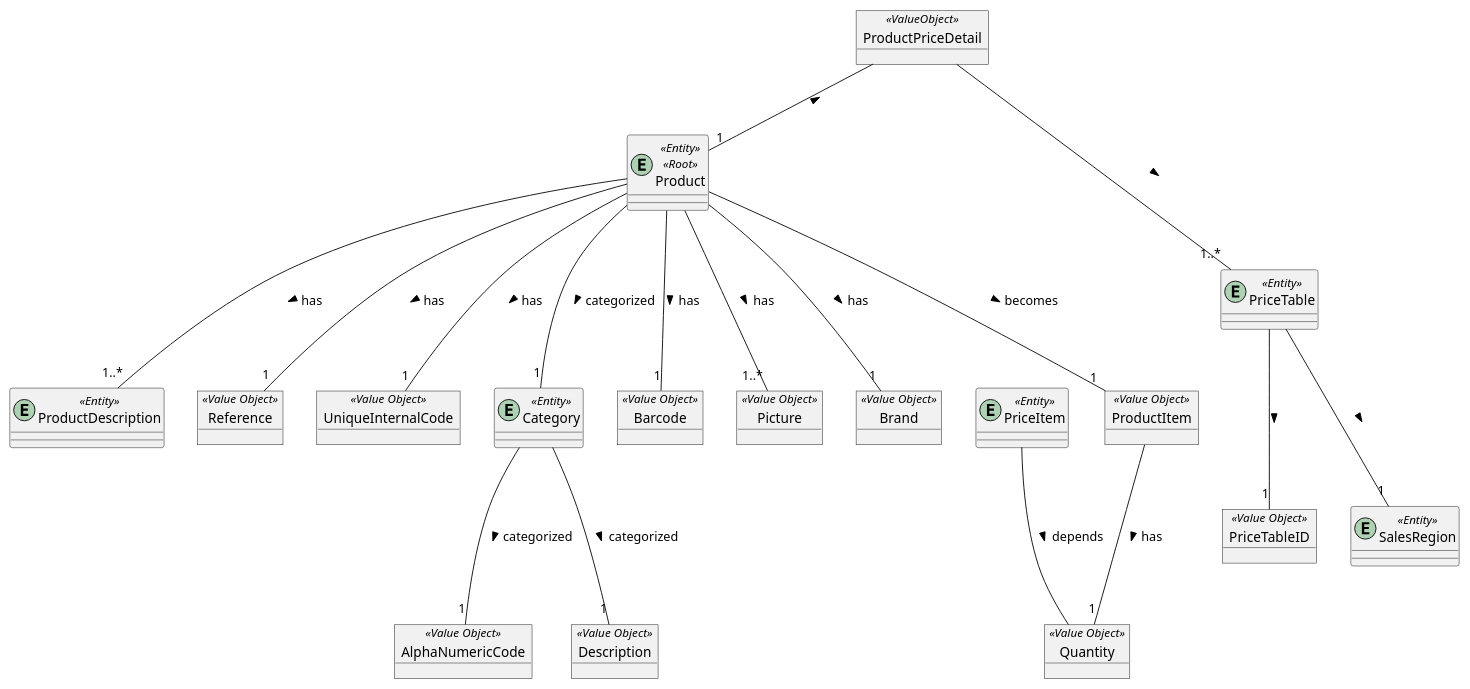
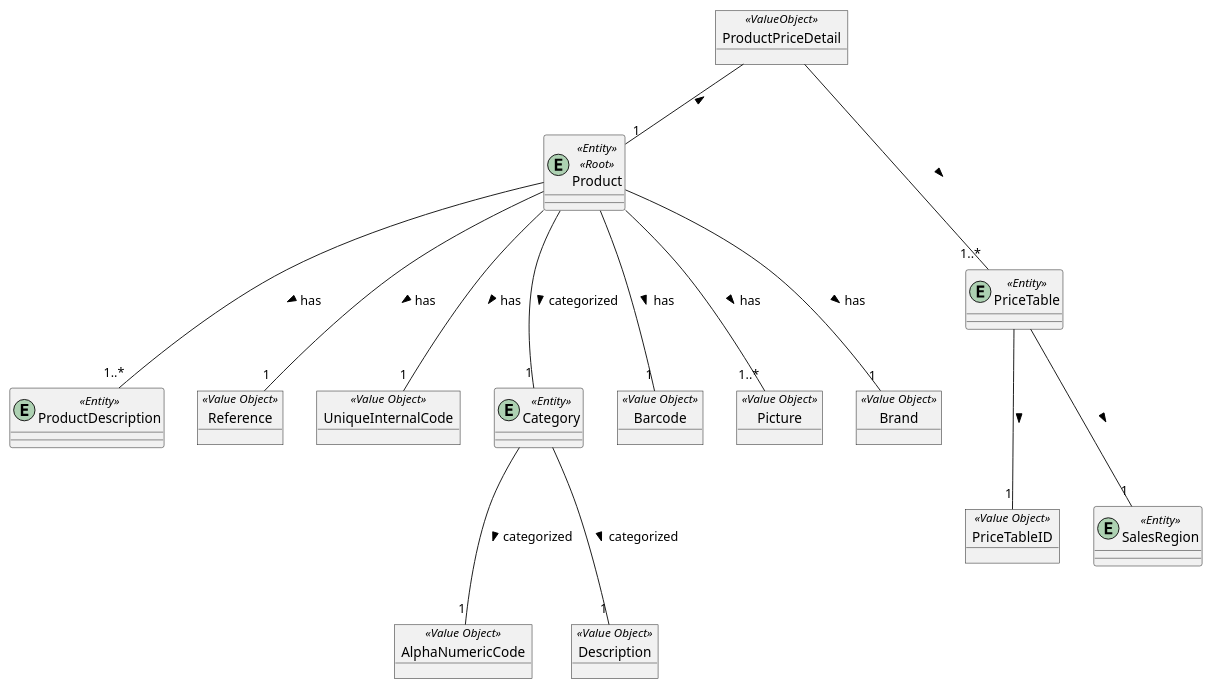
Before and after one commit to marttuga/LAPR4-SmartSystems: the diagram in docs/Sprint2/US1002/US1002_MD.puml, drawn with PlantUML. The commit also changed 5 other files, not shown here.

```diff
--- a/docs/Sprint2/US1002/US1002_MD.puml
+++ b/docs/Sprint2/US1002/US1002_MD.puml
@@ -1,38 +1,36 @@
 @startuml
 entity Product <<Entity>> <<Root>>
 entity ProductDescription <<Entity>>
 object Reference <<Value Object>>
 object PriceTableID <<Value Object>>
 entity PriceTable <<Entity>>
 entity SalesRegion <<Entity>>
 object ProductPriceDetail <<ValueObject>>
-object Quantity <<Value Object>>
-entity PriceItem <<Entity>>
+
 object UniqueInternalCode <<Value Object>>
 entity Category <<Entity>>
 object Barcode <<Value Object>>
 object Picture <<Value Object>>
 object Brand <<Value Object>>
  object AlphaNumericCode <<Value Object>>
     object Description <<Value Object>>
-object ProductItem <<Value Object>>
+
 
 
 Product --- "1" Category: categorized >
 Product --- "1..*" Picture: has >
 Product --- "1" Barcode: has >
 Product --- "1" Brand: has >
 ProductPriceDetail -- "1" Product: <
 ProductPriceDetail --- "1..*" PriceTable: >
 PriceTable --- "1" PriceTableID: >
 PriceTable --- "1" SalesRegion: >
-Product --- "1" ProductItem: becomes >
-ProductItem --- "1" Quantity: has >
+
 Product --- "1" Reference: has >
 Product --- "1..*" ProductDescription: has >
 Product --- "1" UniqueInternalCode: has >
-PriceItem --- Quantity: depends >
+
 
 Category --- "1" AlphaNumericCode  : categorized >
 Category --- "1" Description  : categorized >
 @enduml
```
